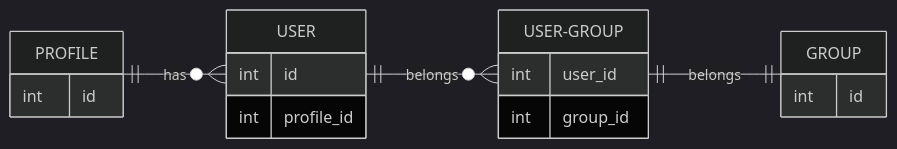
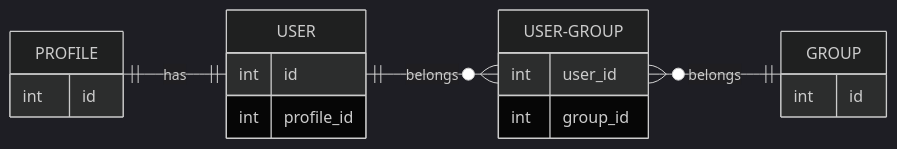
The eighth of 8 diagrams in docs/define-relations.md (yiisoft/active-record), drawn with Mermaid (dark theme) before and after one commit.

````diff
--- a/docs/define-relations.md
+++ b/docs/define-relations.md
@@ -356,21 +356,21 @@
 ```mermaid
 erDiagram
     direction LR
-    PROFILE ||--o{ USER : has
+    PROFILE ||--|| USER : has
     USER ||--o{ USER-GROUP : belongs
-    USER-GROUP ||--|| GROUP : belongs
+    USER-GROUP }o--|| GROUP : belongs
     PROFILE {
         int id
     }
     USER {
         int id
         int profile_id
     }
     GROUP {
         int id
     }
     USER-GROUP {
         int user_id
         int group_id
     }
 ```
````
